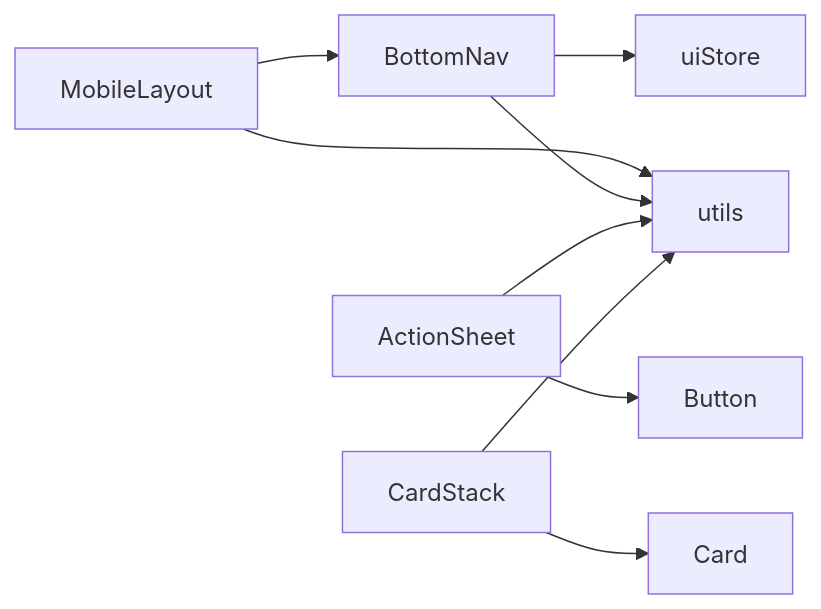
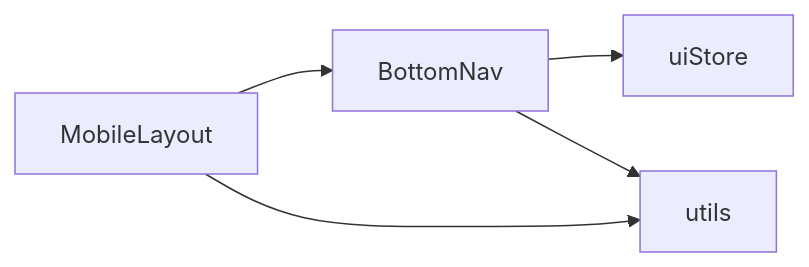
Before and after one commit to gujialind/InvestRing: the sixth of 6 diagrams in .qoder/repowiki/zh/content/前端应用架构/组件系统架构/移动端组件.md, drawn with Mermaid. The commit also changed other lines of this file and 32 other files, not shown here.

````diff
--- a/.qoder/repowiki/zh/content/前端应用架构/组件系统架构/移动端组件.md
+++ b/.qoder/repowiki/zh/content/前端应用架构/组件系统架构/移动端组件.md
@@ -318,11 +242,7 @@
 ```mermaid
 graph LR
 BN["BottomNav"] --> UIStore["uiStore"]
 ML["MobileLayout"] --> BN
-AS["ActionSheet"] --> Btn["Button"]
-CS["CardStack"] --> Card["Card"]
 ML --> Utils["utils"]
 BN --> Utils
-AS --> Utils
-CS --> Utils
 ```
````
